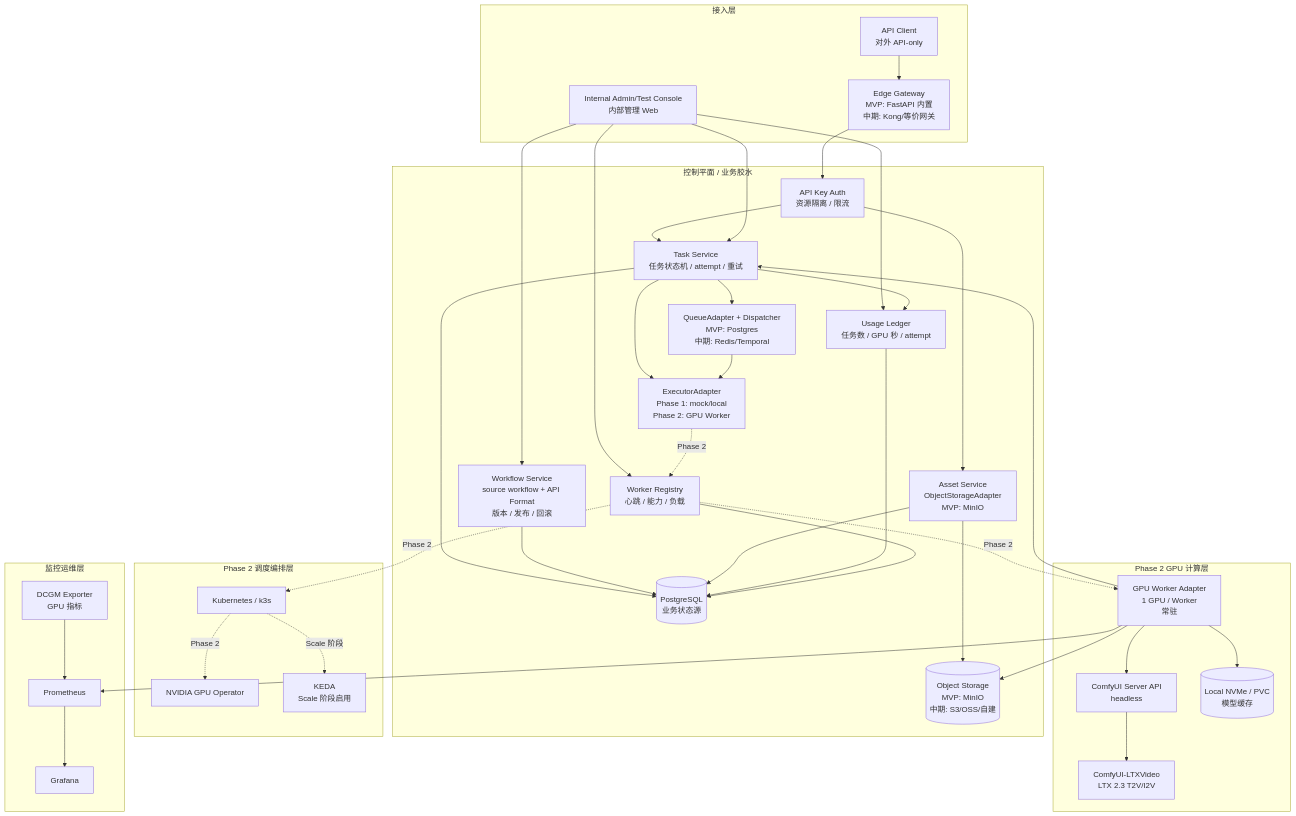
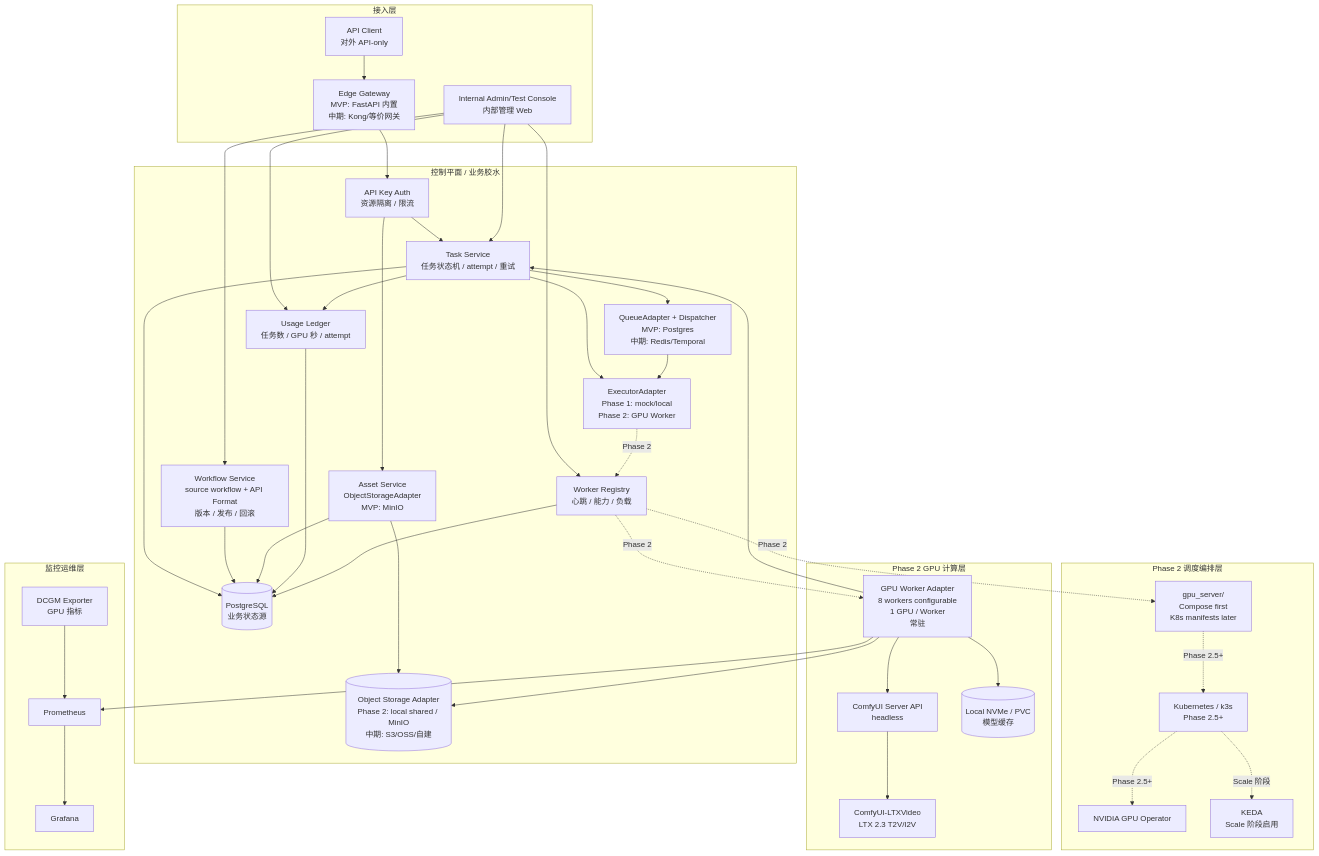
One commit to chenchiyuan/ltx changed the first of 7 diagrams in docs/iterations/ltx-video-service/architecture.md. Above: the diagram before and after it, drawn with Mermaid. The commit also changed other lines of this file and 20 other files, not shown here.

First line of the commit message:
feat(storage): implement phase 2 storage boundary

````diff
--- a/docs/iterations/ltx-video-service/architecture.md
+++ b/docs/iterations/ltx-video-service/architecture.md
@@ -101,76 +104,78 @@
 ```mermaid
 flowchart TB
   subgraph Access["接入层"]
     Client["API Client\n对外 API-only"]
     Edge["Edge Gateway\nMVP: FastAPI 内置\n中期: Kong/等价网关"]
     Admin["Internal Admin/Test Console\n内部管理 Web"]
   end
 
   subgraph Control["控制平面 / 业务胶水"]
     Auth["API Key Auth\n资源隔离 / 限流"]
     TaskSvc["Task Service\n任务状态机 / attempt / 重试"]
     Queue["QueueAdapter + Dispatcher\nMVP: Postgres\n中期: Redis/Temporal"]
     Executor["ExecutorAdapter\nPhase 1: mock/local\nPhase 2: GPU Worker"]
     WorkflowSvc["Workflow Service\nsource workflow + API Format\n版本 / 发布 / 回滚"]
     AssetSvc["Asset Service\nObjectStorageAdapter\nMVP: MinIO"]
     Usage["Usage Ledger\n任务数 / GPU 秒 / attempt"]
     DB[("PostgreSQL\n业务状态源")]
-    Obj[("Object Storage\nMVP: MinIO\n中期: S3/OSS/自建")]
+    Obj[("Object Storage Adapter\nPhase 2: local shared / MinIO\n中期: S3/OSS/自建")]
     Registry["Worker Registry\n心跳 / 能力 / 负载"]
   end
 
   subgraph Orchestration["Phase 2 调度编排层"]
-    K8s["Kubernetes / k3s"]
+    Deploy["gpu_server/\nCompose first\nK8s manifests later"]
+    K8s["Kubernetes / k3s\nPhase 2.5+"]
     GPUOp["NVIDIA GPU Operator"]
     KEDA["KEDA\nScale 阶段启用"]
   end
 
   subgraph Compute["Phase 2 GPU 计算层"]
-    Adapter["GPU Worker Adapter\n1 GPU / Worker\n常驻"]
+    Adapter["GPU Worker Adapter\n8 workers configurable\n1 GPU / Worker\n常驻"]
     Comfy["ComfyUI Server API\nheadless"]
     LTX["ComfyUI-LTXVideo\nLTX 2.3 T2V/I2V"]
     ModelCache[("Local NVMe / PVC\n模型缓存")]
   end
 
   subgraph Ops["监控运维层"]
     Prom["Prometheus"]
     Grafana["Grafana"]
     DCGM["DCGM Exporter\nGPU 指标"]
   end
 
   Client --> Edge
   Edge --> Auth
   Auth --> TaskSvc
   Auth --> AssetSvc
   Admin --> TaskSvc
   Admin --> WorkflowSvc
   Admin --> Registry
   Admin --> Usage
 
   TaskSvc --> Queue
   TaskSvc --> Executor
   TaskSvc --> Usage
   TaskSvc --> DB
   WorkflowSvc --> DB
   AssetSvc --> DB
   AssetSvc --> Obj
   Usage --> DB
   Registry --> DB
 
   Queue --> Executor
   Executor -. "Phase 2" .-> Registry
-  Registry -. "Phase 2" .-> K8s
-  K8s -. "Phase 2" .-> GPUOp
+  Registry -. "Phase 2" .-> Deploy
+  Deploy -. "Phase 2.5+" .-> K8s
+  K8s -. "Phase 2.5+" .-> GPUOp
   K8s -. "Scale 阶段" .-> KEDA
   Registry -. "Phase 2" .-> Adapter
 
   Adapter --> Comfy
   Comfy --> LTX
   Adapter --> Obj
   Adapter --> ModelCache
   Adapter --> TaskSvc
 
   Adapter --> Prom
   DCGM --> Prom
   Prom --> Grafana
 ```
````
